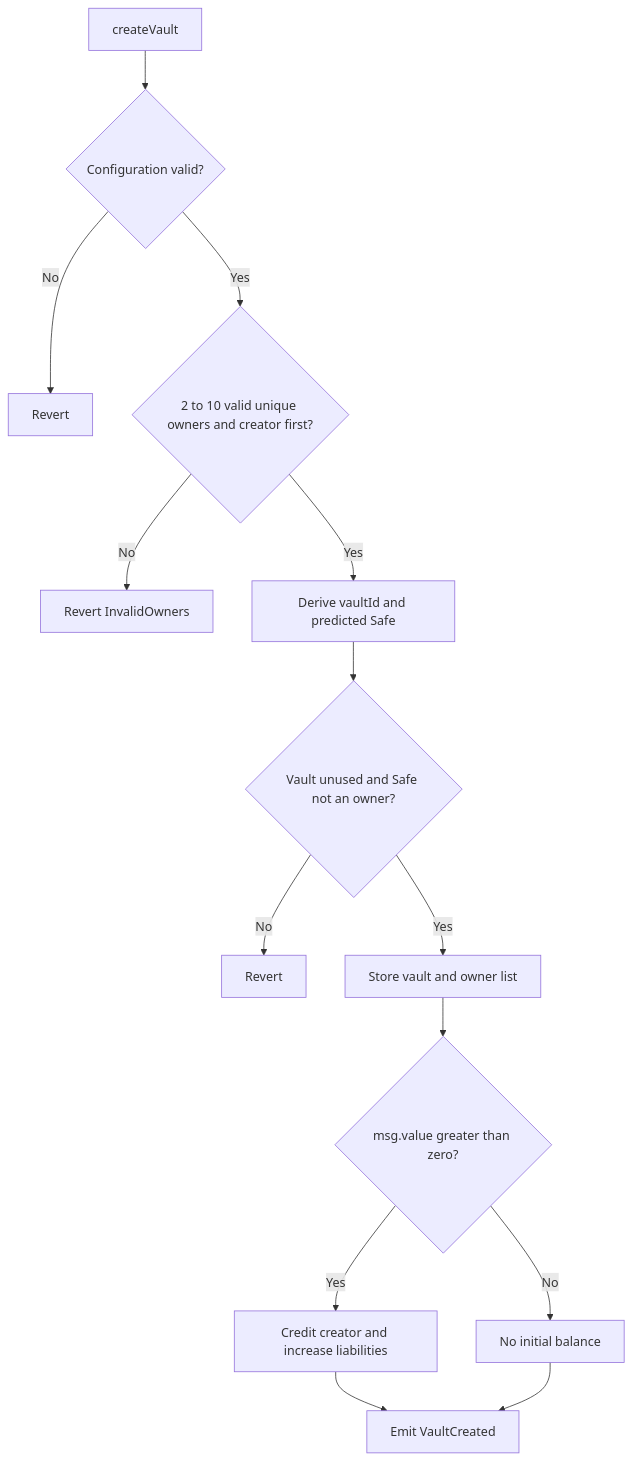
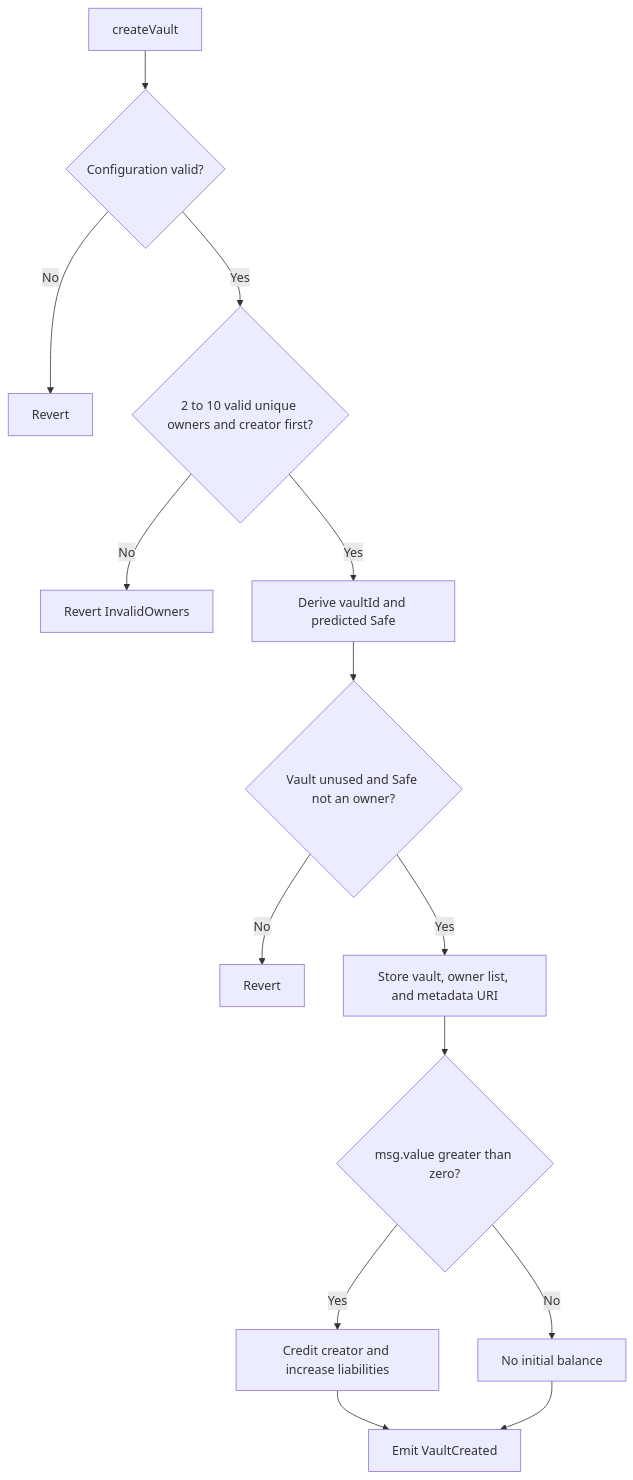
The fourth of 9 diagrams in packages/contracts/ARCHITECTURE.md (thenamespace/ens-diamonds), drawn with Mermaid before and after one commit. The commit also changed other lines of this file and 10 other files, not shown here.

````diff
--- a/packages/contracts/ARCHITECTURE.md
+++ b/packages/contracts/ARCHITECTURE.md
@@ -343,16 +344,16 @@
 ```mermaid
 flowchart TD
     A["createVault"] --> B{"Configuration valid?"}
     B -->|"No"| BR["Revert"]
     B -->|"Yes"| C{"2 to 10 valid unique owners and creator first?"}
     C -->|"No"| CR["Revert InvalidOwners"]
     C -->|"Yes"| D["Derive vaultId and predicted Safe"]
     D --> E{"Vault unused and Safe not an owner?"}
     E -->|"No"| ER["Revert"]
-    E -->|"Yes"| F["Store vault and owner list"]
+    E -->|"Yes"| F["Store vault, owner list, and metadata URI"]
     F --> G{"msg.value greater than zero?"}
     G -->|"Yes"| H["Credit creator and increase liabilities"]
     G -->|"No"| I["No initial balance"]
     H --> J["Emit VaultCreated"]
     I --> J
 ```
````
